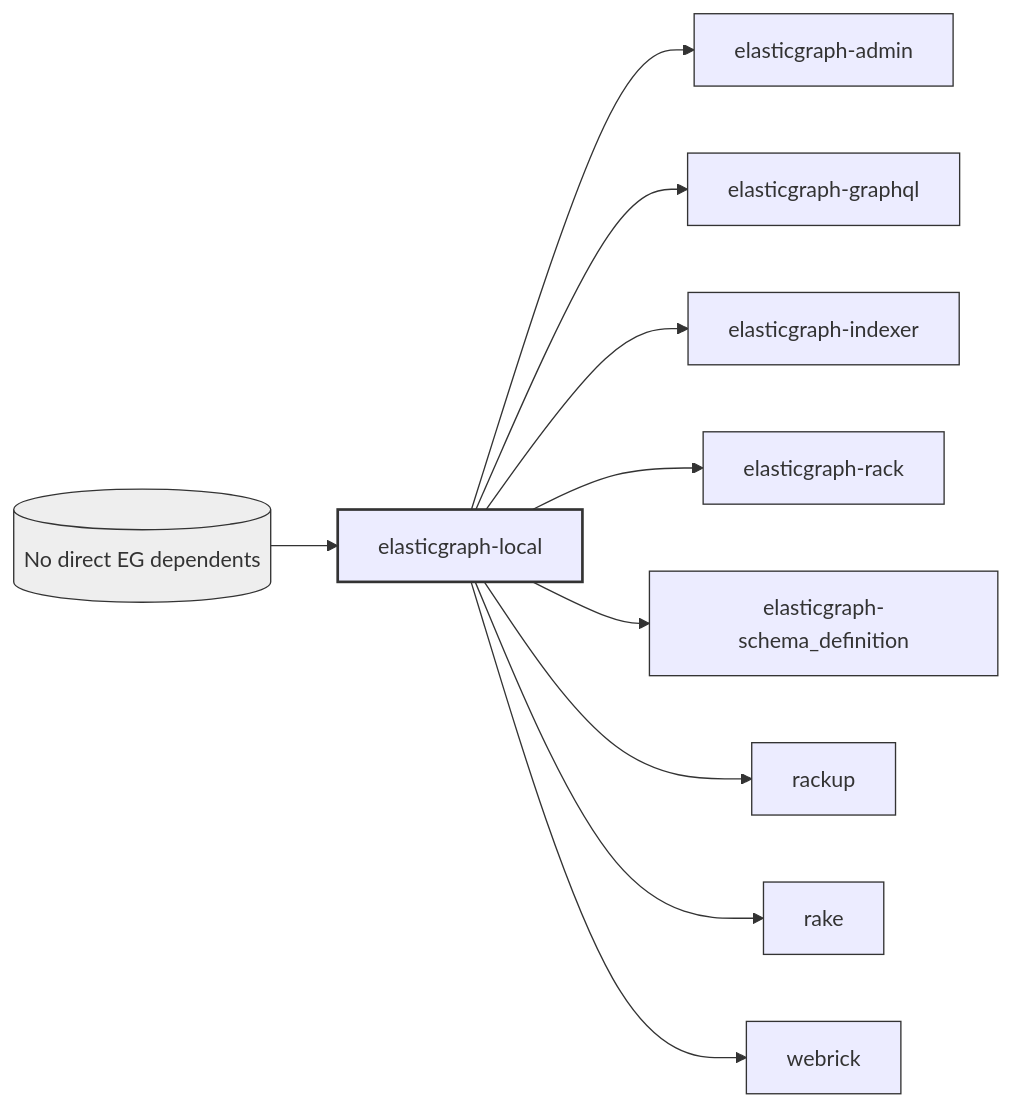
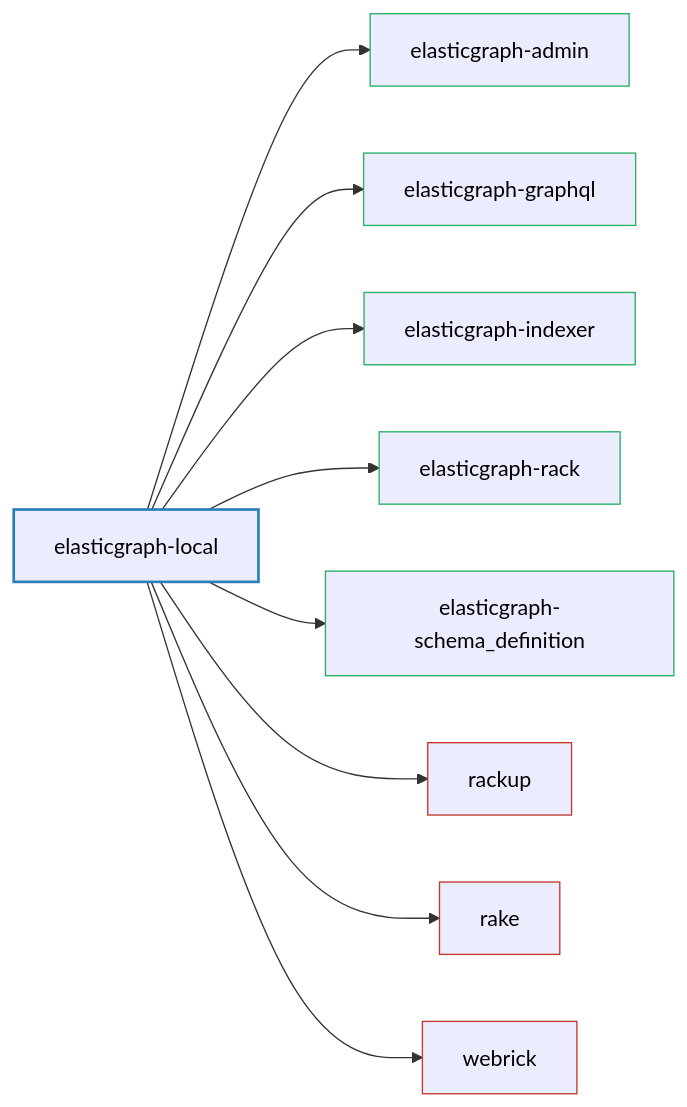
Before and after one commit to block/elasticgraph: the diagram in elasticgraph-local/README.md, drawn with Mermaid. The commit also changed 21 other files, not shown here.

````diff
--- a/elasticgraph-local/README.md
+++ b/elasticgraph-local/README.md
@@ -9,26 +9,29 @@
 ```mermaid
 graph LR;
+    elasticgraph-local["elasticgraph-local"];
+    elasticgraph-admin["elasticgraph-admin"];
     elasticgraph-local --> elasticgraph-admin;
+    elasticgraph-graphql["elasticgraph-graphql"];
     elasticgraph-local --> elasticgraph-graphql;
+    elasticgraph-indexer["elasticgraph-indexer"];
     elasticgraph-local --> elasticgraph-indexer;
+    elasticgraph-rack["elasticgraph-rack"];
     elasticgraph-local --> elasticgraph-rack;
+    elasticgraph-schema_definition["elasticgraph-schema_definition"];
     elasticgraph-local --> elasticgraph-schema_definition;
+    rackup["rackup"];
     elasticgraph-local --> rackup;
+    rake["rake"];
     elasticgraph-local --> rake;
+    webrick["webrick"];
     elasticgraph-local --> webrick;
-    no_eg_dependents[(No direct EG dependents)] --> elasticgraph-local;
-    classDef currentGemStyle fill:#lightblue,stroke:#333,stroke-width:2px;
-    classDef internalEgGemStyle fill:#lightgreen,stroke:#333,stroke-width:1px;
-    classDef externalGemStyle fill:#lightcoral,stroke:#333,stroke-width:1px;
-    classDef placeholderNodeStyle fill:#eee,stroke:#333,stroke-width:1px;
-    class elasticgraph-local currentGemStyle;
-    class elasticgraph-admin internalEgGemStyle;
-    class elasticgraph-graphql internalEgGemStyle;
-    class elasticgraph-indexer internalEgGemStyle;
-    class elasticgraph-rack internalEgGemStyle;
-    class elasticgraph-schema_definition internalEgGemStyle;
-    class rackup externalGemStyle;
-    class rake externalGemStyle;
-    class webrick externalGemStyle;
-    class no_eg_dependents placeholderNodeStyle;
+    style elasticgraph-local fill:#lightblue,stroke:#2980b9,stroke-width:2px,color:#000;
+    style elasticgraph-admin fill:#lightgreen,stroke:#27ae60,stroke-width:1px,color:#000;
+    style elasticgraph-graphql fill:#lightgreen,stroke:#27ae60,stroke-width:1px,color:#000;
+    style elasticgraph-indexer fill:#lightgreen,stroke:#27ae60,stroke-width:1px,color:#000;
+    style elasticgraph-rack fill:#lightgreen,stroke:#27ae60,stroke-width:1px,color:#000;
+    style elasticgraph-schema_definition fill:#lightgreen,stroke:#27ae60,stroke-width:1px,color:#000;
+    style rackup fill:#lightcoral,stroke:#c0392b,stroke-width:1px,color:#000;
+    style rake fill:#lightcoral,stroke:#c0392b,stroke-width:1px,color:#000;
+    style webrick fill:#lightcoral,stroke:#c0392b,stroke-width:1px,color:#000;
 ```
````
